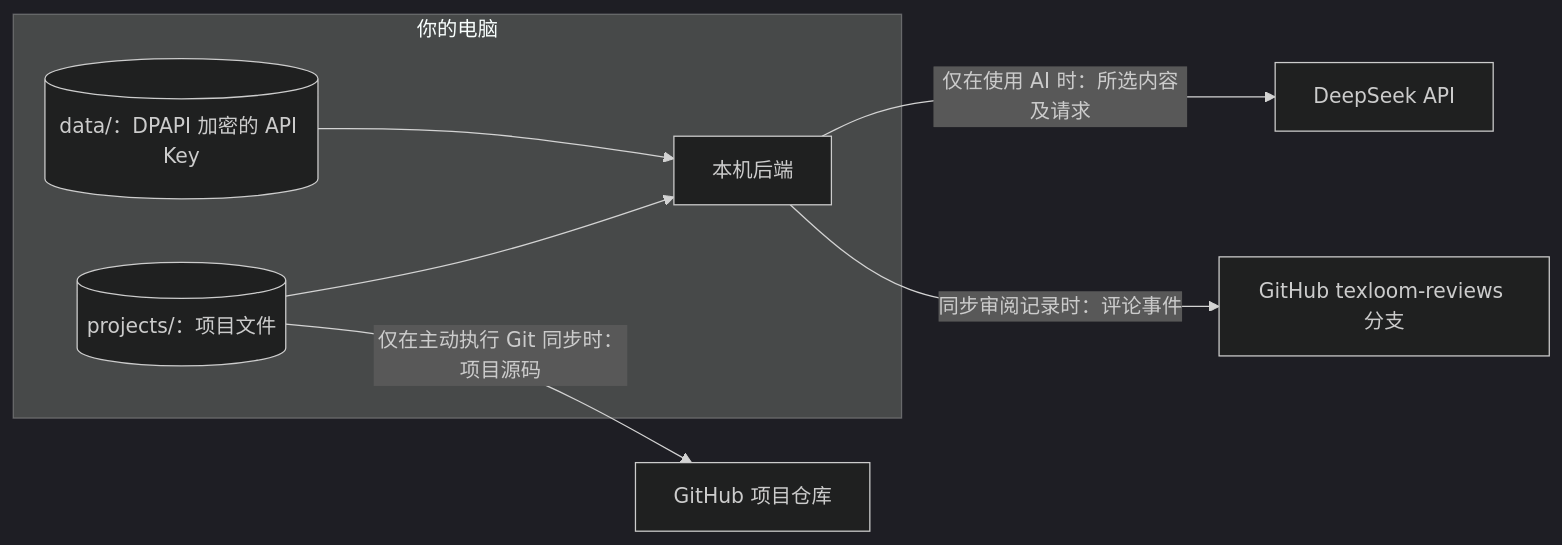
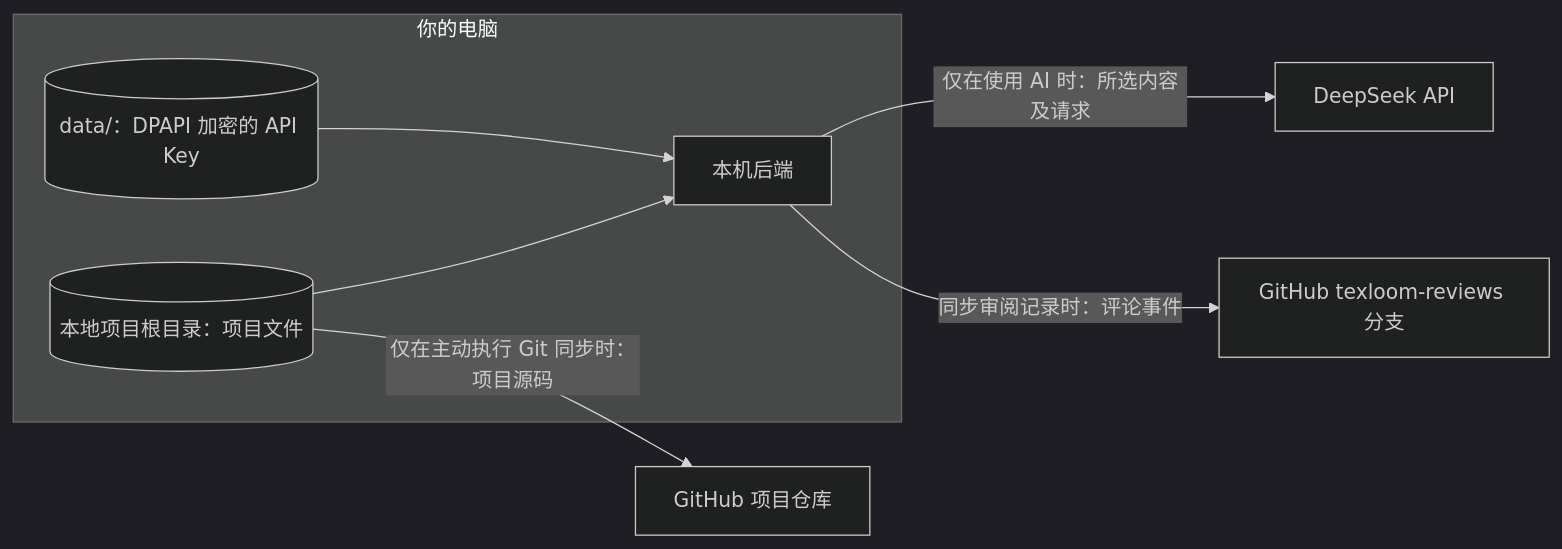
The second of 2 diagrams in README.md (StuBoo3i/TeXloom), drawn with Mermaid (dark theme) before and after one commit. The commit also changed other lines of this file and 10 other files, not shown here.

````diff
--- a/README.md
+++ b/README.md
@@ -37,13 +48,13 @@
 ```mermaid
 flowchart LR
     subgraph PC["你的电脑"]
-      P[("projects/：项目文件")]
+      P[("本地项目根目录：项目文件")]
       K[("data/：DPAPI 加密的 API Key")]
       A["本机后端"]
       P --> A
       K --> A
     end
     A -->|"仅在使用 AI 时：所选内容及请求"| D["DeepSeek API"]
     P -->|"仅在主动执行 Git 同步时：项目源码"| G["GitHub 项目仓库"]
     A -->|"同步审阅记录时：评论事件"| R["GitHub texloom-reviews 分支"]
 ```
````
